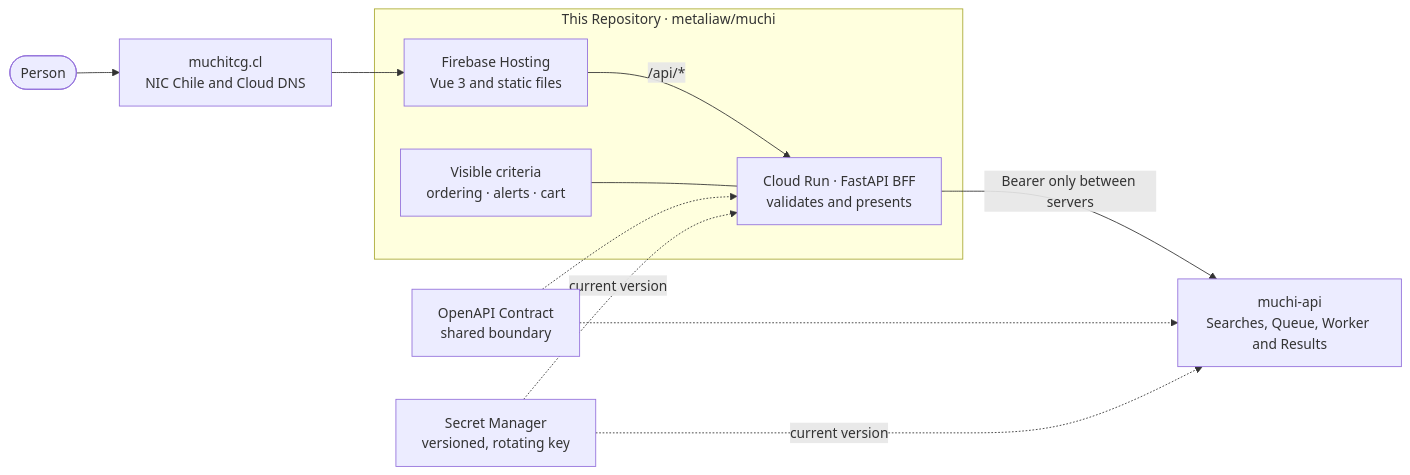
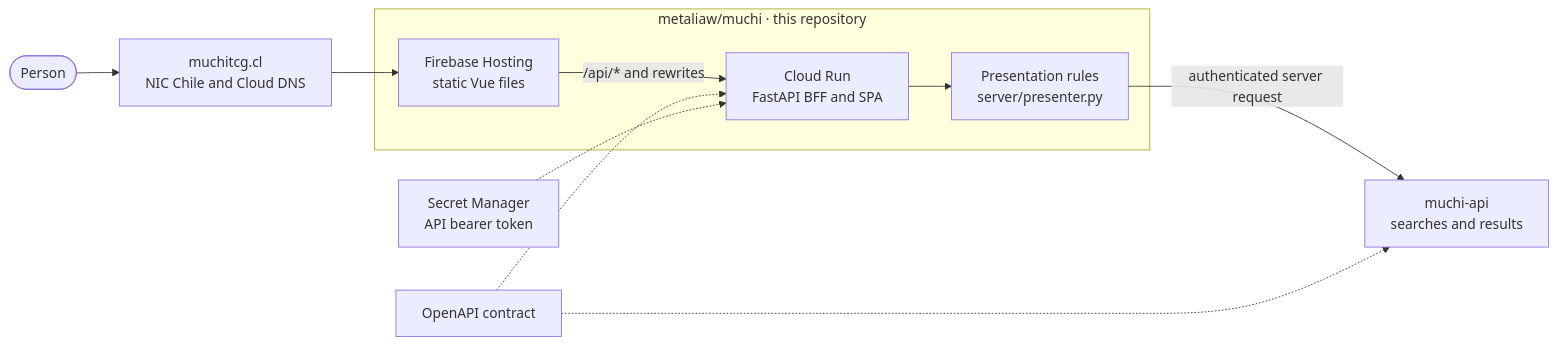
The first of 2 diagrams in docs/architecture.md (metaliaw/muchi), drawn with Mermaid before and after one commit. The commit also changed other lines of this file and 47 other files, not shown here.

Commit message:
Document BFF architecture and entry points

````diff
--- a/docs/architecture.md
+++ b/docs/architecture.md
@@ -19,24 +15,23 @@
 ```mermaid
 flowchart LR
     person([Person])
     dns["muchitcg.cl<br/>NIC Chile and Cloud DNS"]
 
-    subgraph public["This Repository · metaliaw/muchi"]
-        hosting["Firebase Hosting<br/>Vue 3 and static files"]
-        bff["Cloud Run · FastAPI BFF<br/>validates and presents"]
-        criteria["Visible criteria<br/>ordering · alerts · cart"]
+    subgraph front["metaliaw/muchi · this repository"]
+        hosting["Firebase Hosting<br/>static Vue files"]
+        bff["Cloud Run<br/>FastAPI BFF and SPA"]
+        presenter["Presentation rules<br/>server/presenter.py"]
+        hosting -->|"/api/* and rewrites"| bff
+        bff --> presenter
     end
 
-    api["muchi-api<br/>Searches, Queue, Worker and Results"]
-    contract["OpenAPI Contract<br/>shared boundary"]
-    secrets["Secret Manager<br/>versioned, rotating key"]
+    api["muchi-api<br/>searches and results"]
+    contract["OpenAPI contract"]
+    secret["Secret Manager<br/>API bearer token"]
 
     person --> dns --> hosting
-    hosting -->|"/api/*"| bff
-    criteria --- bff
+    presenter -->|"authenticated server request"| api
     contract -.-> bff
     contract -.-> api
-    bff -->|"Bearer only between servers"| api
-    secrets -. "current version" .-> bff
-    secrets -. "current version" .-> api
+    secret -.-> bff
 ```
````
